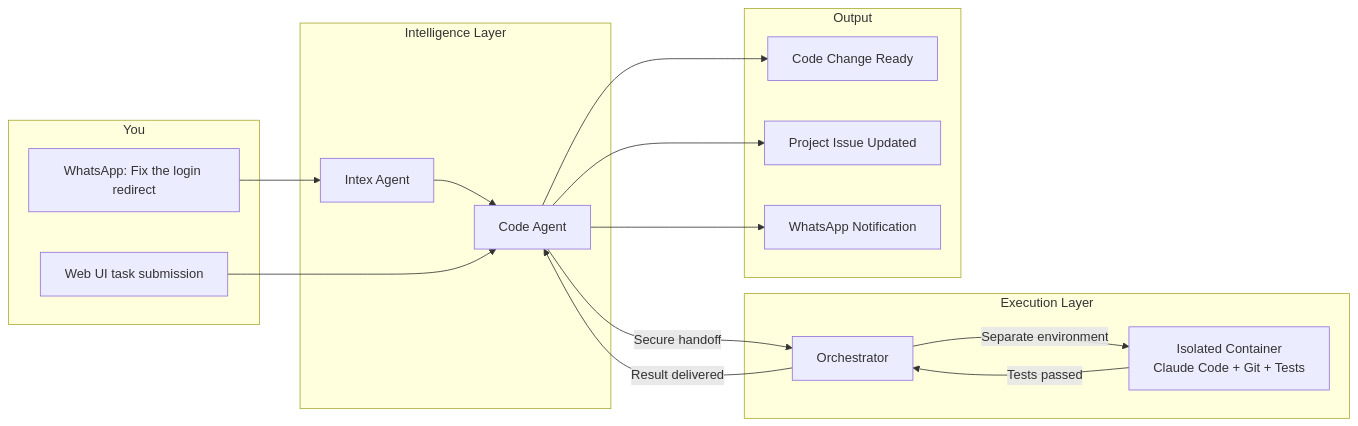
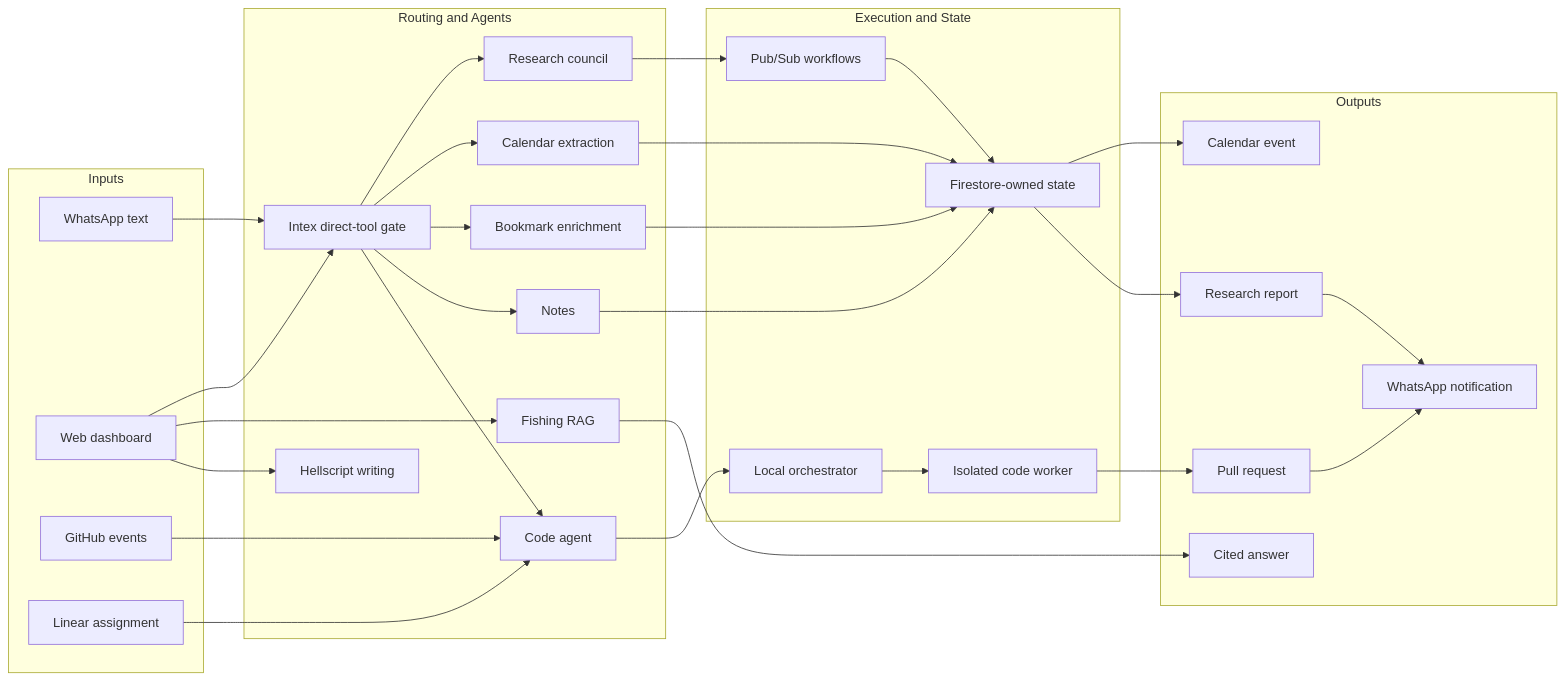
The first of 4 diagrams in README.md (pbuchman/intexuraos), drawn with Mermaid before and after one commit. The commit also changed other lines of this file and 11 other files, not shown here.

````diff
--- a/README.md
+++ b/README.md
@@ -55,33 +54,59 @@
 ```mermaid
-graph LR
-    subgraph "You"
-        WA["WhatsApp: Fix the login redirect"]
-        WEB[Web UI task submission]
+flowchart LR
+    subgraph Inputs
+        WA[WhatsApp text]
+        WEB[Web dashboard]
+        GH[GitHub events]
+        LIN[Linear assignment]
     end
 
-    subgraph "Intelligence Layer"
-        INTEX[Intex Agent]
-        CA[Code Agent]
+    subgraph "Routing and Agents"
+        INTEX[Intex direct-tool gate]
+        RES[Research council]
+        RAG[Fishing RAG]
+        CAL[Calendar extraction]
+        BOOK[Bookmark enrichment]
+        NOTE[Notes]
+        CODE[Code agent]
+        WRITE[Hellscript writing]
     end
 
-    subgraph "Execution Layer"
-        ORCH[Orchestrator]
-        CW["Isolated Container<br>Claude Code + Git + Tests"]
+    subgraph "Execution and State"
+        PUBSUB[Pub/Sub workflows]
+        FS[Firestore-owned state]
+        ORCH[Local orchestrator]
+        WORKER[Isolated code worker]
     end
 
-    subgraph "Output"
-        PR[Code Change Ready]
-        LIN[Project Issue Updated]
-        NOTIFY[WhatsApp Notification]
+    subgraph Outputs
+        EVENT[Calendar event]
+        REPORT[Research report]
+        ANSWER[Cited answer]
+        PR[Pull request]
+        DIGEST[WhatsApp notification]
     end
 
-    WA --> INTEX --> CA
-    WEB --> CA
-    CA -->|"Secure handoff"| ORCH
-    ORCH -->|"Separate environment"| CW
-    CW -->|"Tests passed"| ORCH
-    ORCH -->|"Result delivered"| CA
-    CA --> PR
-    CA --> LIN
-    CA --> NOTIFY
+    WA --> INTEX
+    WEB --> INTEX
+    GH --> CODE
+    LIN --> CODE
+    INTEX --> RES
+    INTEX --> CAL
+    INTEX --> BOOK
+    INTEX --> NOTE
+    INTEX --> CODE
+    WEB --> RAG
+    WEB --> WRITE
+    RES --> PUBSUB
+    CAL --> FS
+    BOOK --> FS
+    NOTE --> FS
+    CODE --> ORCH --> WORKER
+    PUBSUB --> FS
+    FS --> EVENT
+    FS --> REPORT
+    RAG --> ANSWER
+    WORKER --> PR
+    PR --> DIGEST
+    REPORT --> DIGEST
 ```
````
